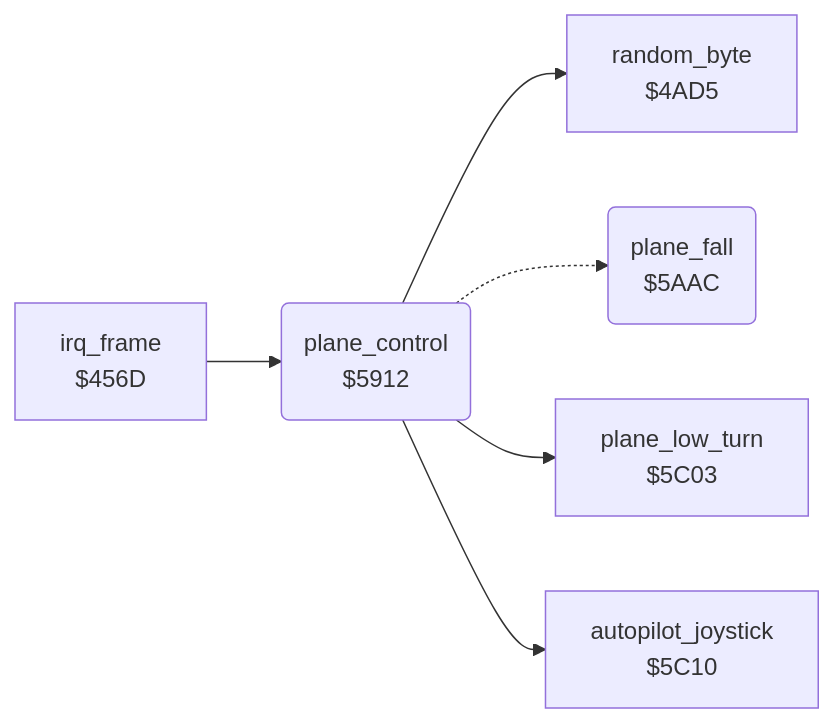
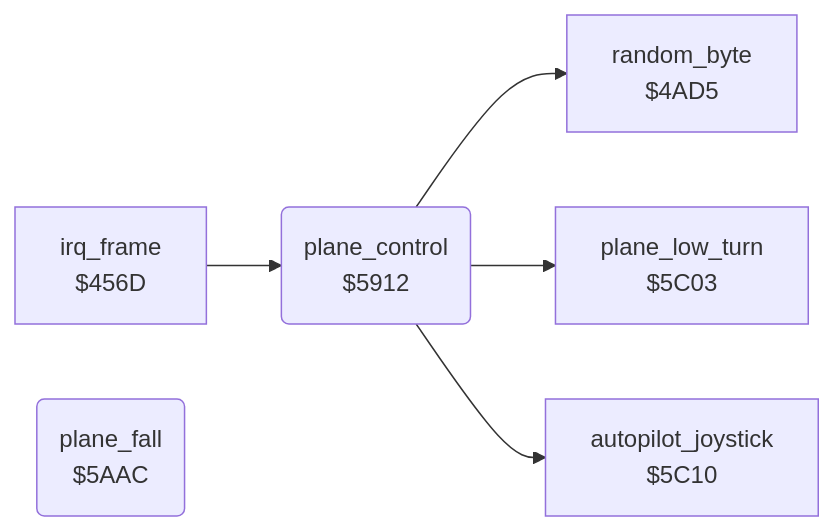
One commit to henols/c64_games changed the diagram in blue_max/docs/reference/modules/plane/plane_control.md. Above: the diagram before and after it, drawn with Mermaid. The commit also changed other lines of this file and 1100 other files, not shown here.

````diff
--- a/blue_max/docs/reference/modules/plane/plane_control.md
+++ b/blue_max/docs/reference/modules/plane/plane_control.md
@@ -10,14 +17,13 @@
 ```mermaid
 flowchart LR
   n456d["irq_frame<br/>$456D"]
   n4ad5["random_byte<br/>$4AD5"]
   n5912("plane_control<br/>$5912")
   n5aac("plane_fall<br/>$5AAC")
   n5c03["plane_low_turn<br/>$5C03"]
   n5c10["autopilot_joystick<br/>$5C10"]
   n456d --> n5912
   n5912 --> n4ad5
-  n5912 -.-> n5aac
   n5912 --> n5c03
   n5912 --> n5c10
 ```
````
